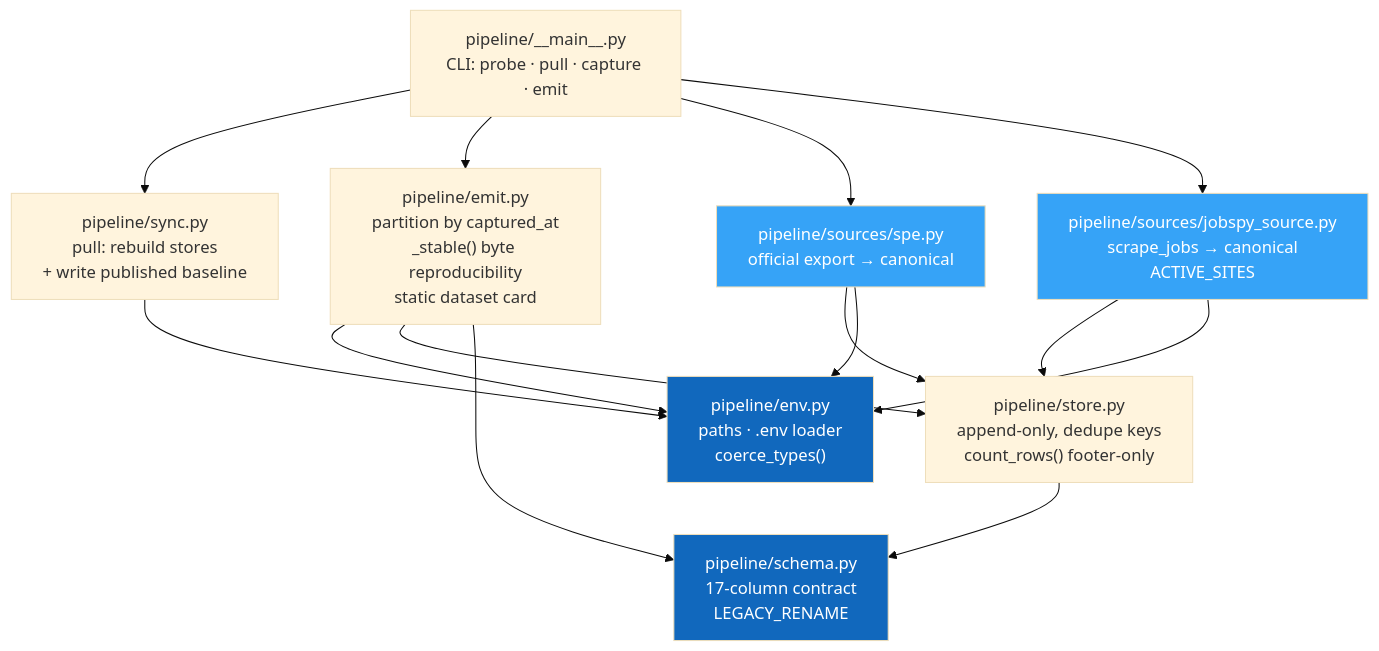
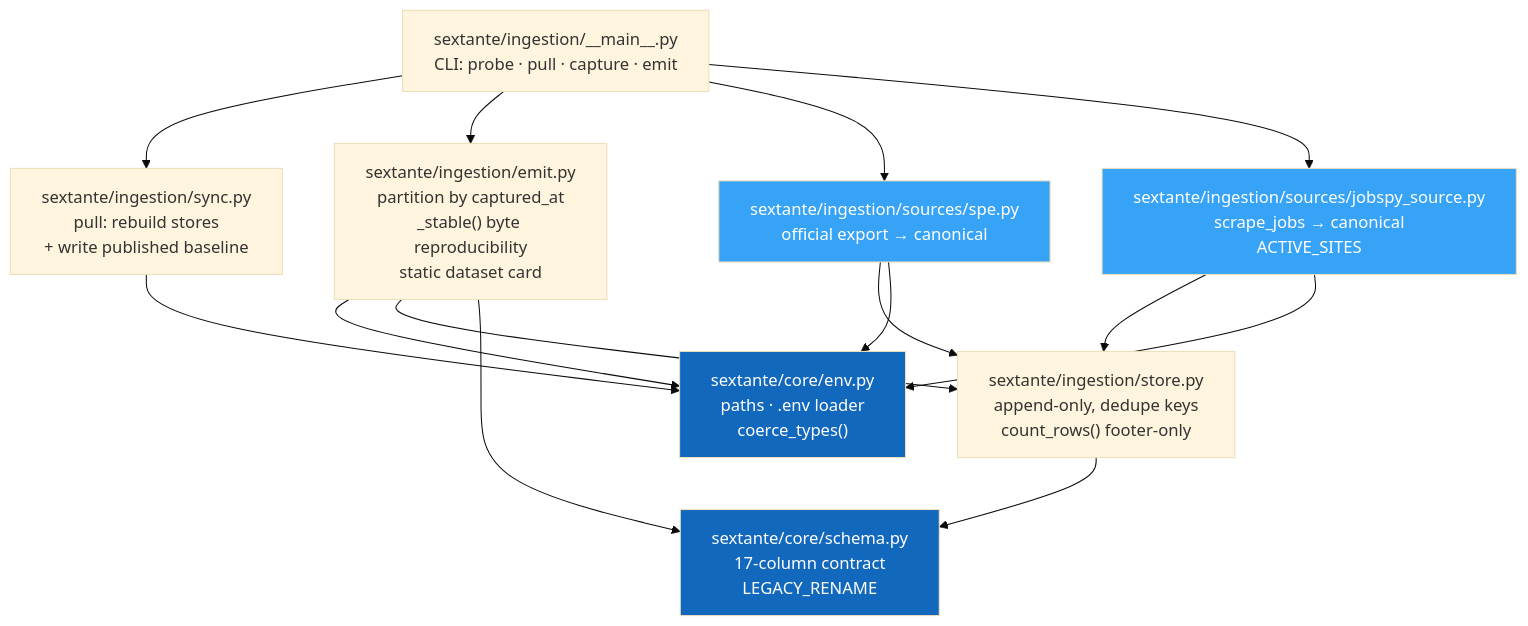
The third of 9 diagrams in docs/architecture.md (shalom-A26/SEXTANTE), drawn with Mermaid (base theme) before and after one commit. The commit also changed other lines of this file and 104 other files, not shown here.

````diff
--- a/docs/architecture.md
+++ b/docs/architecture.md
@@ -152,30 +152,30 @@
 ```mermaid
 flowchart TB
-    cli["pipeline/__main__.py<br/>CLI: probe · pull · capture · emit"]
-    sync["pipeline/sync.py<br/>pull: rebuild stores<br/>+ write published baseline"]
-    emitc["pipeline/emit.py<br/>partition by captured_at<br/>_stable() byte reproducibility<br/>static dataset card"]
-    storec["pipeline/store.py<br/>append-only, dedupe keys<br/>count_rows() footer-only"]
-    env["pipeline/env.py<br/>paths · .env loader<br/>coerce_types()"]
-    schema["pipeline/schema.py<br/>17-column contract<br/>LEGACY_RENAME"]
-    spe["pipeline/sources/spe.py<br/>official export → canonical"]
-    jobspy["pipeline/sources/jobspy_source.py<br/>scrape_jobs → canonical<br/>ACTIVE_SITES"]
+    cli["sextante/ingestion/__main__.py<br/>CLI: probe · pull · capture · emit"]
+    sync["sextante/ingestion/sync.py<br/>pull: rebuild stores<br/>+ write published baseline"]
+    emitc["sextante/ingestion/emit.py<br/>partition by captured_at<br/>_stable() byte reproducibility<br/>static dataset card"]
+    storec["sextante/ingestion/store.py<br/>append-only, dedupe keys<br/>count_rows() footer-only"]
+    env["sextante/core/env.py<br/>paths · .env loader<br/>coerce_types()"]
+    schema["sextante/core/schema.py<br/>17-column contract<br/>LEGACY_RENAME"]
+    spe["sextante/ingestion/sources/spe.py<br/>official export → canonical"]
+    jobspy["sextante/ingestion/sources/jobspy_source.py<br/>scrape_jobs → canonical<br/>ACTIVE_SITES"]
 
     cli --> sync
     cli --> emitc
     cli --> spe
     cli --> jobspy
     sync --> env
     emitc --> env
     emitc --> storec
     spe --> storec
     jobspy --> storec
     storec --> schema
     emitc --> schema
     spe --> env
     jobspy --> env
 
     classDef core fill:#1168bd,color:#fff;
     classDef src fill:#36a3f7,color:#fff;
     class schema,env core;
     class spe,jobspy src;
 ```
````
